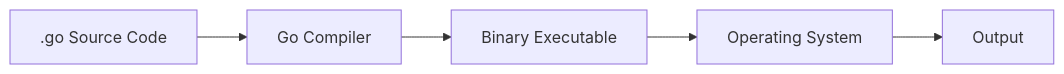
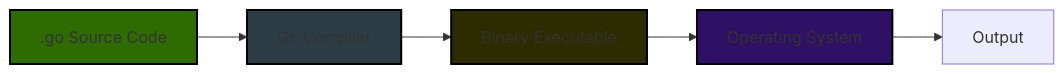
One commit to 478mkharb/devops-learning changed the first of 3 diagrams in snatak/mock-interview-questions.md. Above: the diagram before and after it, drawn with Mermaid. The commit also changed other lines of this file, not shown here.

First line of the commit message:
Modify styles for diagram elements in markdown

````diff
--- a/snatak/mock-interview-questions.md
+++ b/snatak/mock-interview-questions.md
@@ -25,7 +25,11 @@
 ```mermaid
 flowchart LR
     A[.go Source Code] --> B[Go Compiler]
     B --> C[Binary Executable]
     C --> D[Operating System]
     D --> E[Output]
+    style A fill:#2f6c00,stroke:#000,stroke-width:2px
+    style B fill:#2d3d46,stroke:#000,stroke-width:2px
+    style C fill:#2d2c00,stroke:#000,stroke-width:2px
+    style D fill:#2e1065,stroke:#000,stroke-width:2px
 ```
````
